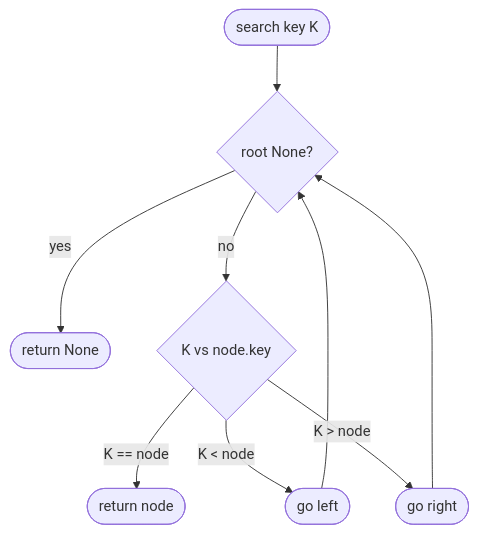
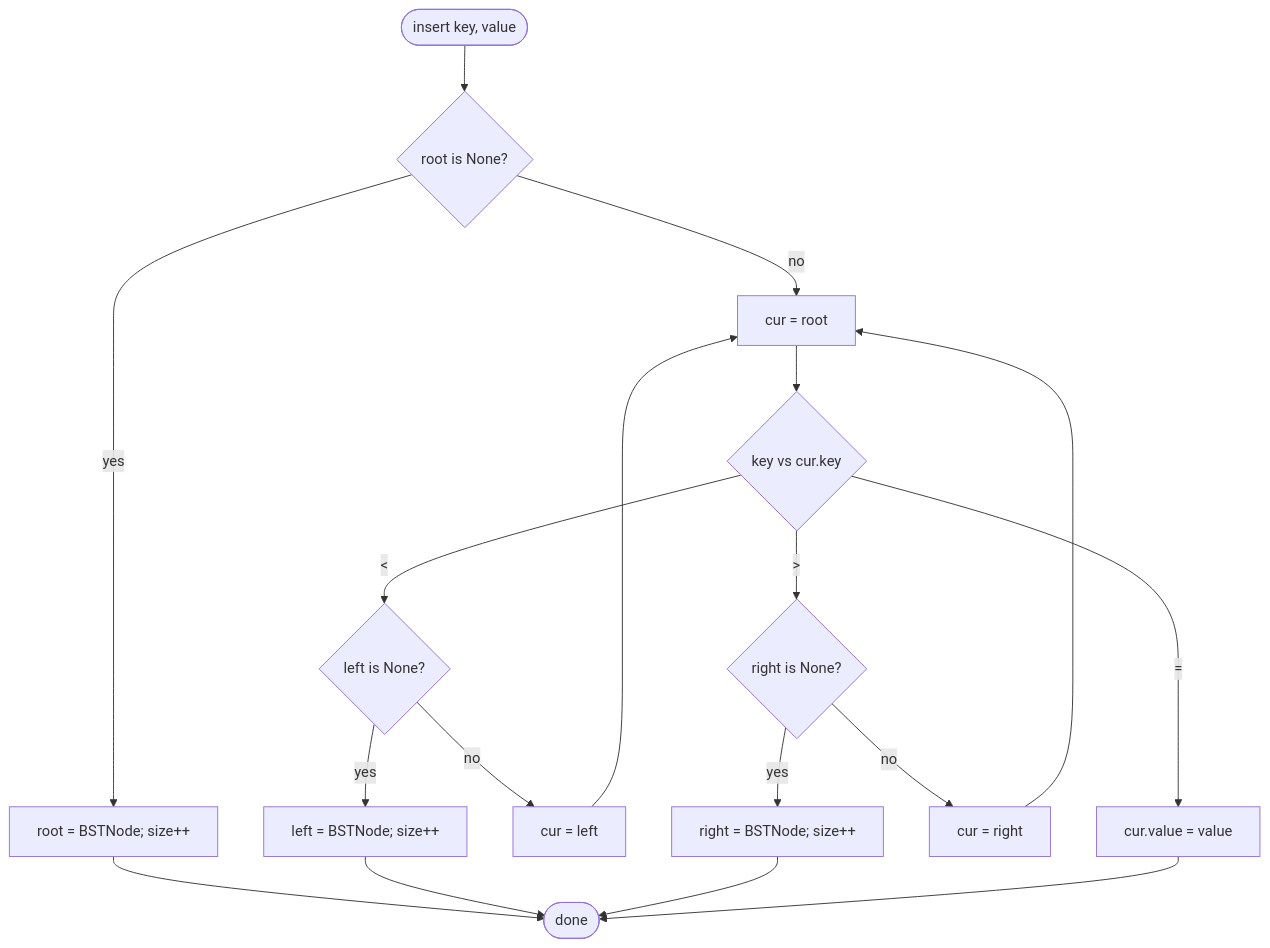
Before and after one commit to qgjones9/python-programming-guide: the fourth of 5 diagrams in docs/dsa/data-structures/binary-search-tree/index.md, drawn with Mermaid. The commit also changed other lines of this file and 2 other files, not shown here.

````diff
--- a/docs/dsa/data-structures/binary-search-tree/index.md
+++ b/docs/dsa/data-structures/binary-search-tree/index.md
@@ -413,11 +536,20 @@
 ```mermaid
 flowchart TD
- Start([search key K]) --> R{root None?}
- R -->|yes| NF([return None])
- R -->|no| C{K vs node.key}
- C -->|K == node| Found([return node])
- C -->|K < node| L([go left])
- C -->|K > node| RI([go right])
- L --> R
- RI --> R
+  Start([insert key, value]) --> E{root is None?}
+  E -->|yes| NewRoot[root = BSTNode; size++]
+  E -->|no| Loop[cur = root]
+  Loop --> Cmp{key vs cur.key}
+  Cmp -->|<| L{left is None?}
+  L -->|yes| AttachL[left = BSTNode; size++]
+  L -->|no| GoL[cur = left]
+  GoL --> Loop
+  Cmp -->|>| R{right is None?}
+  R -->|yes| AttachR[right = BSTNode; size++]
+  R -->|no| GoR[cur = right]
+  GoR --> Loop
+  Cmp -->|=| Upd[cur.value = value]
+  NewRoot --> Done([done])
+  AttachL --> Done
+  AttachR --> Done
+  Upd --> Done
 ```
````
